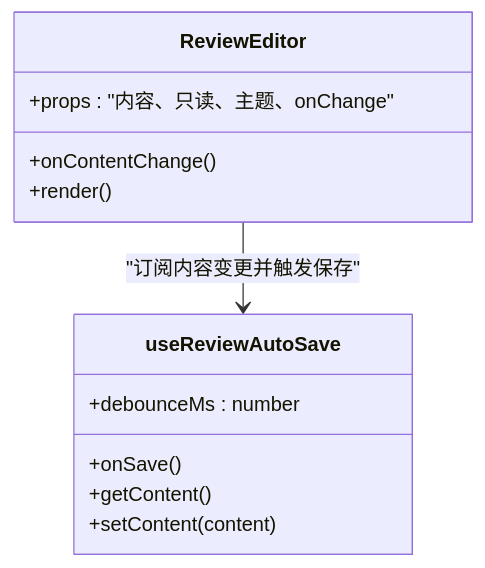
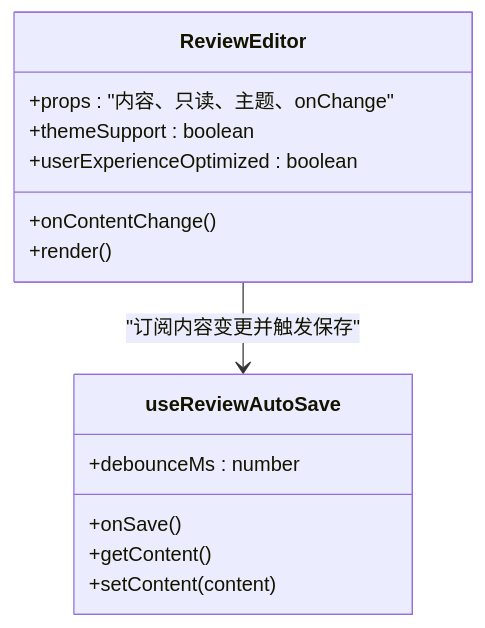
The fourth of 8 diagrams in .qoder/repowiki/zh/content/架构设计/组件架构设计/业务组件架构/每日回顾组件.md (gzdxhujiale/FishWorker), drawn with Mermaid before and after one commit. The commit also changed other lines of this file and 19 other files, not shown here.

````diff
--- a/.qoder/repowiki/zh/content/架构设计/组件架构设计/业务组件架构/每日回顾组件.md
+++ b/.qoder/repowiki/zh/content/架构设计/组件架构设计/业务组件架构/每日回顾组件.md
@@ -183,15 +174,17 @@
 ```mermaid
 classDiagram
 class ReviewEditor {
 +props : "内容、只读、主题、onChange"
 +onContentChange()
 +render()
++themeSupport : boolean
++userExperienceOptimized : boolean
 }
 class useReviewAutoSave {
 +debounceMs : number
 +onSave()
 +getContent()
 +setContent(content)
 }
 ReviewEditor --> useReviewAutoSave : "订阅内容变更并触发保存"
 ```
````
